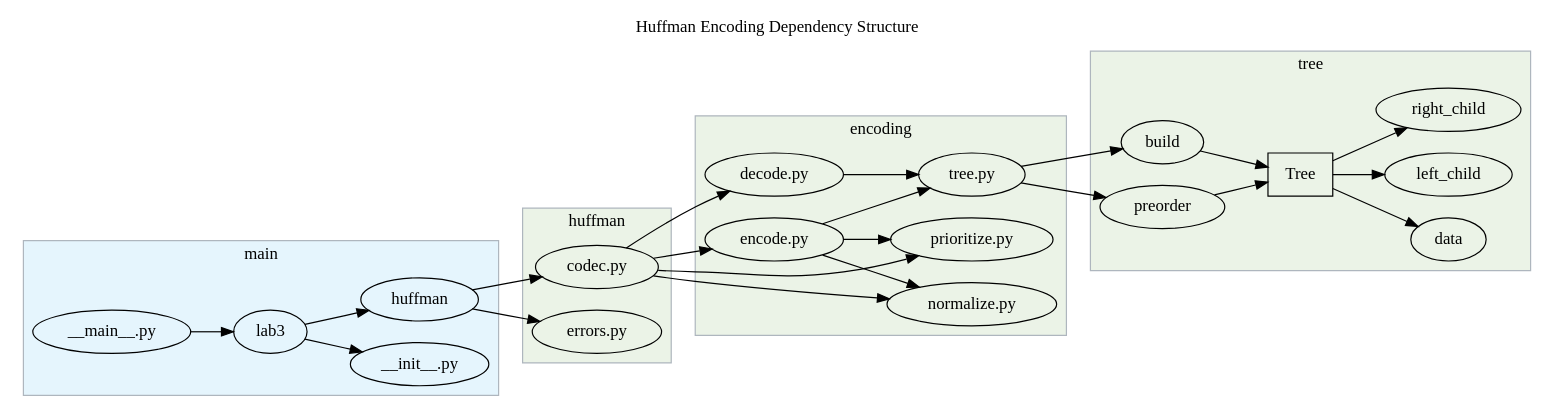
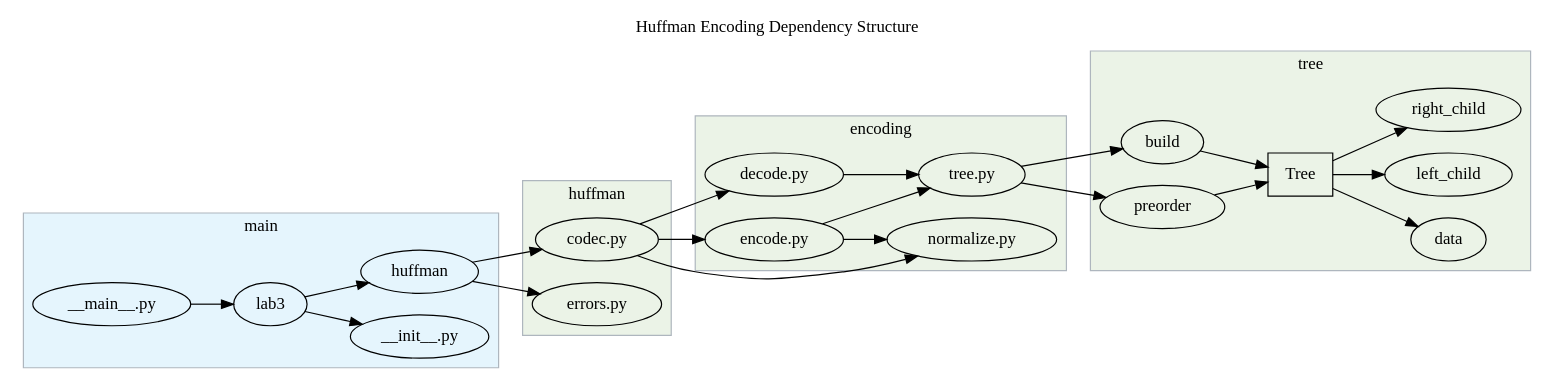
One commit to jllovet/jhu-en-605-202-su26-data-structures changed the diagram in lab-3/packages.dot. Above: the diagram before and after it, drawn with Graphviz. The commit also changed 1 other file, not shown here.

```diff
--- a/lab-3/packages.dot
+++ b/lab-3/packages.dot
@@ -1,87 +1,84 @@
 digraph G {
     rankdir="LR"
     ratio=auto
     ranksep=auto
     splines=true
 
     label="Huffman Encoding Dependency Structure"
     labelloc="t"
 
     // Nodes
     subgraph cluster_main {
         label="main"
         style=rounded
         style=filled
         pencolor="#AEB6BE"
         bgcolor="#E5F5FD"
         lab3 [label="lab3"]
         main [label="__main__.py"]
         lab3_init [label="__init__.py"]
         huffman [label="huffman"]
 
         lab3 -> lab3_init
         main -> lab3
         lab3 -> huffman
     }
 
     subgraph cluster_huffman {
         label="huffman"
         style=rounded
         style=filled
         pencolor="#AEB6BE"
         bgcolor="#EBF3E7"
         codec [label="codec.py"]
         errors [label="errors.py"]
     }
 
     subgraph cluster_encoding {
         label="encoding"
         style=rounded
         style=filled
         pencolor="#AEB6BE"
         bgcolor="#EBF3E7"
         encode [label="encode.py"]
         decode [label="decode.py"]
-        prioritize [label="prioritize.py"]
         normalize [label="normalize.py"]
         tree [label="tree.py"]
         encode -> normalize
-        encode -> prioritize
     }
     
     subgraph cluster_tree {
         label="tree"
         style=rounded
         style=filled
         pencolor="#AEB6BE"
         bgcolor="#EBF3E7"
         Tree [label="Tree" shape=rectangle]
         build [label="build"]
         preorder [label="preorder"]
         data [label="data"]
         left_child [label="left_child"]
         right_child [label="right_child"]
         Tree -> {
             data
             left_child
             right_child
         }
         build -> Tree
         preorder -> Tree
     }
 
     huffman -> codec
     huffman -> errors
 
     codec -> encode
     codec -> decode
-    codec -> prioritize
     codec -> normalize
 
     encode -> tree
     decode -> tree
     
     tree -> preorder
     tree -> build
 
 }
```
